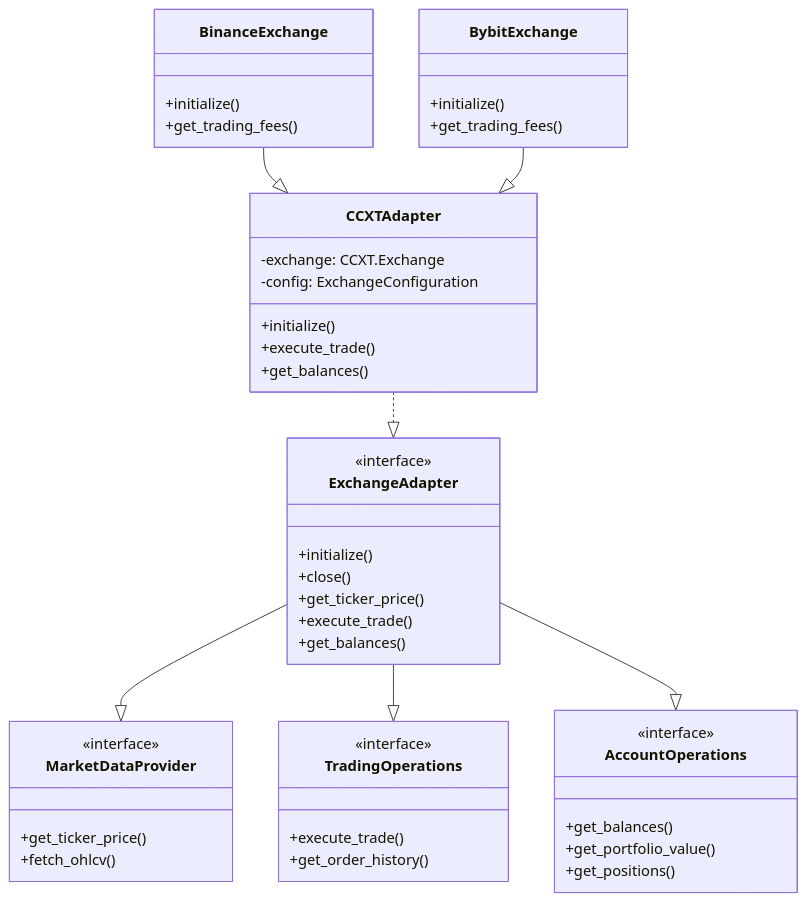
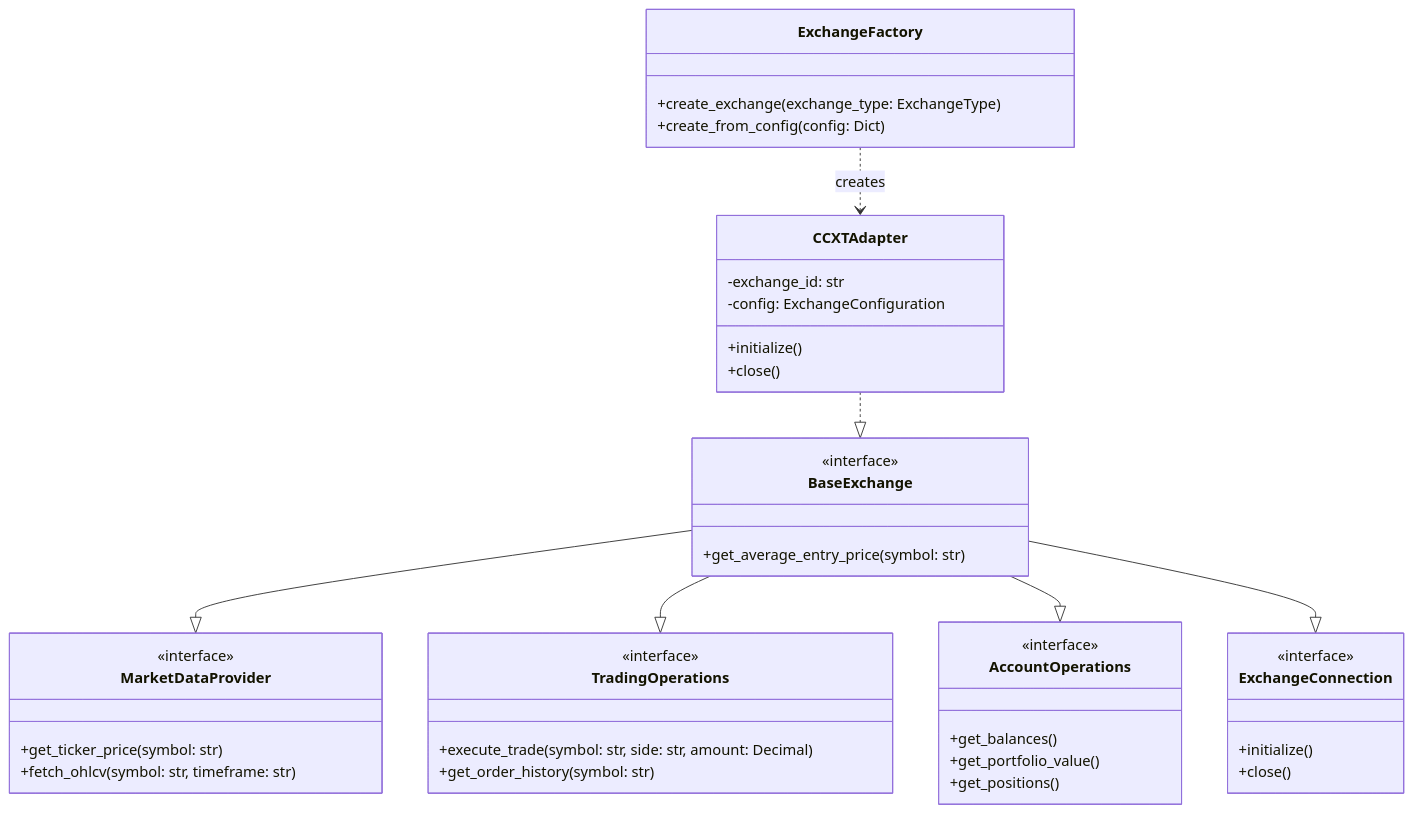
The diagram in src/alpha_pulse/exchanges/README.md (blackms/AlphaPulse), drawn with Mermaid before and after one commit. The commit also changed other lines of this file and 10 other files, not shown here.

````diff
--- a/src/alpha_pulse/exchanges/README.md
+++ b/src/alpha_pulse/exchanges/README.md
@@ -77,57 +7,53 @@
 ```mermaid
 classDiagram
-    class ExchangeAdapter {
-        <<interface>>
-        +initialize()
-        +close()
-        +get_ticker_price()
-        +execute_trade()
-        +get_balances()
-    }
-    
     class MarketDataProvider {
         <<interface>>
-        +get_ticker_price()
-        +fetch_ohlcv()
+        +get_ticker_price(symbol: str)
+        +fetch_ohlcv(symbol: str, timeframe: str)
     }
     
     class TradingOperations {
         <<interface>>
-        +execute_trade()
-        +get_order_history()
+        +execute_trade(symbol: str, side: str, amount: Decimal)
+        +get_order_history(symbol: str)
     }
     
     class AccountOperations {
         <<interface>>
         +get_balances()
         +get_portfolio_value()
         +get_positions()
     }
     
-    ExchangeAdapter --|> MarketDataProvider
-    ExchangeAdapter --|> TradingOperations
-    ExchangeAdapter --|> AccountOperations
+    class ExchangeConnection {
+        <<interface>>
+        +initialize()
+        +close()
+    }
+    
+    class BaseExchange {
+        <<interface>>
+        +get_average_entry_price(symbol: str)
+    }
+    
+    BaseExchange --|> MarketDataProvider
+    BaseExchange --|> TradingOperations
+    BaseExchange --|> AccountOperations
+    BaseExchange --|> ExchangeConnection
     
     class CCXTAdapter {
-        -exchange: CCXT.Exchange
+        -exchange_id: str
         -config: ExchangeConfiguration
         +initialize()
-        +execute_trade()
-        +get_balances()
+        +close()
     }
     
-    CCXTAdapter ..|> ExchangeAdapter
+    CCXTAdapter ..|> BaseExchange
     
-    class BinanceExchange {
-        +initialize()
-        +get_trading_fees()
+    class ExchangeFactory {
+        +create_exchange(exchange_type: ExchangeType)
+        +create_from_config(config: Dict)
     }
     
-    class BybitExchange {
-        +initialize()
-        +get_trading_fees()
-    }
-    
-    BinanceExchange --|> CCXTAdapter
-    BybitExchange --|> CCXTAdapter
+    ExchangeFactory ..> CCXTAdapter : creates
 ```
````
